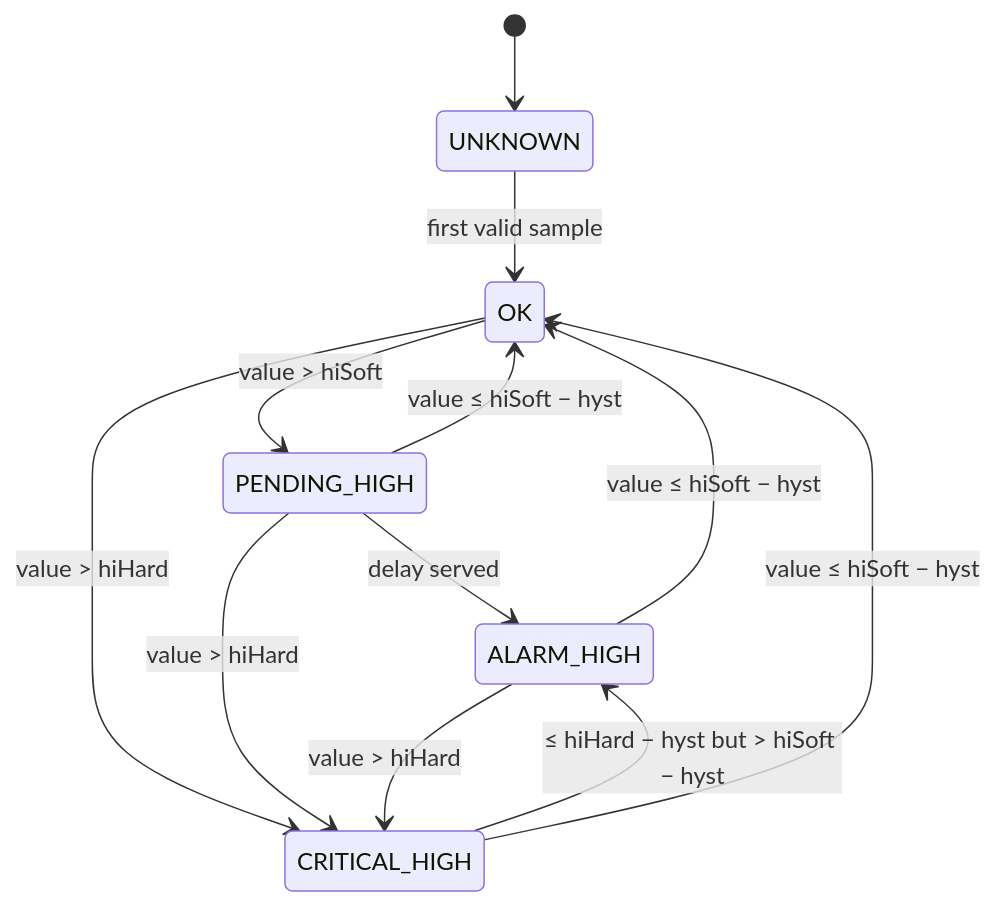
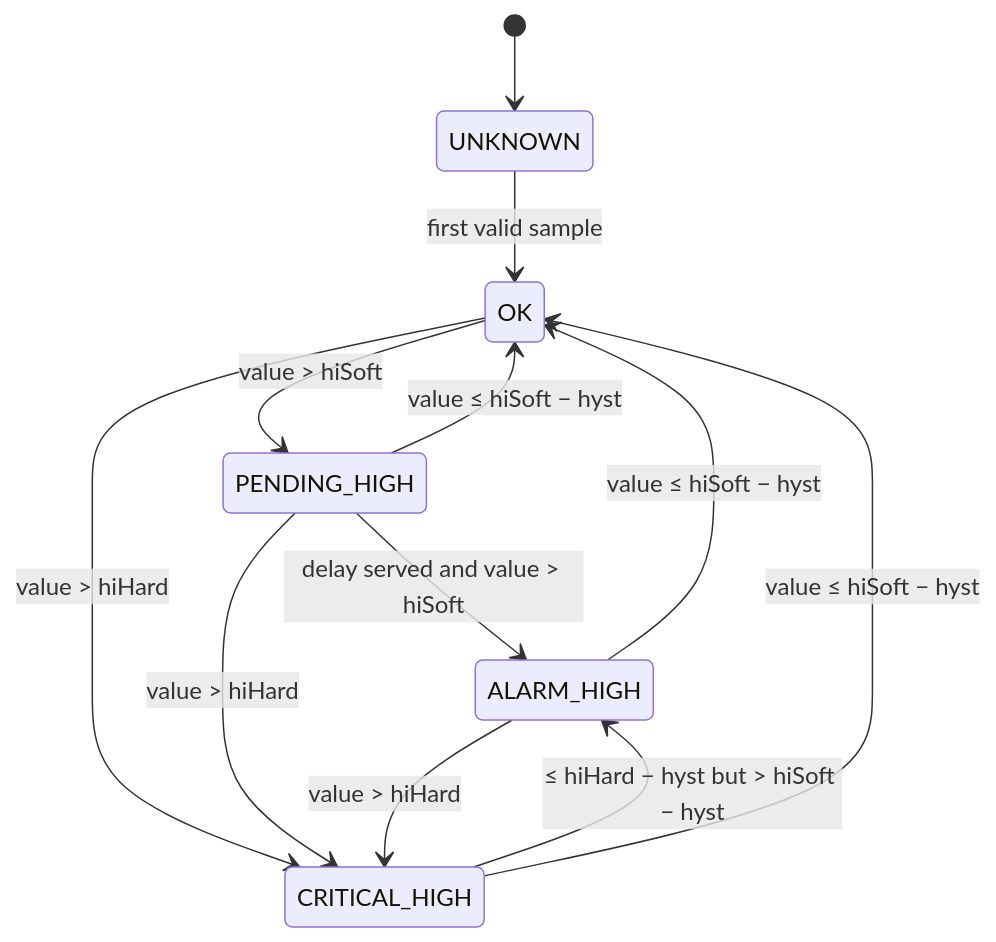
The diagram in README.md (soosp/RangeMonitor), drawn with Mermaid before and after one commit. The commit also changed other lines of this file and 5 other files, not shown here.

````diff
--- a/README.md
+++ b/README.md
@@ -58,14 +58,14 @@
 ```mermaid
 stateDiagram-v2
     [*] --> UNKNOWN
     UNKNOWN --> OK : first valid sample
     OK --> PENDING_HIGH : value > hiSoft
-    PENDING_HIGH --> ALARM_HIGH : delay served
+    PENDING_HIGH --> ALARM_HIGH : delay served and value > hiSoft
     PENDING_HIGH --> OK : value ≤ hiSoft − hyst
     ALARM_HIGH --> OK : value ≤ hiSoft − hyst
     OK --> CRITICAL_HIGH : value > hiHard
     PENDING_HIGH --> CRITICAL_HIGH : value > hiHard
     ALARM_HIGH --> CRITICAL_HIGH : value > hiHard
     CRITICAL_HIGH --> ALARM_HIGH : ≤ hiHard − hyst but > hiSoft − hyst
     CRITICAL_HIGH --> OK : value ≤ hiSoft − hyst
 ```
````
